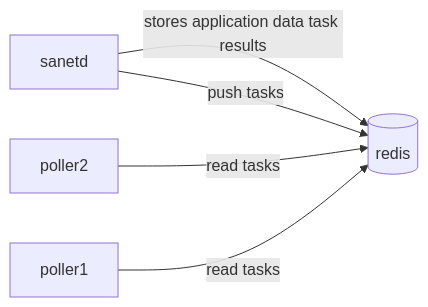
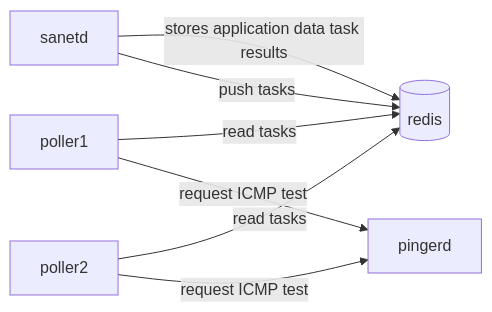
Before and after one commit to carnivuth/deployment_lifecycle_design_in_monitoring_applications: the diagram in graphs/sanetd_pollers_interaction.mmd, drawn with Mermaid. The commit also changed 5 other files, not shown here.

```diff
--- a/graphs/sanetd_pollers_interaction.mmd
+++ b/graphs/sanetd_pollers_interaction.mmd
@@ -1,10 +1,12 @@
 flowchart LR
 A[sanetd]
 B[(redis)]
 C[poller1]
 D[poller2]
+E[pingerd]
 
 A -- stores application data task results --> B
 A -- push tasks --> B
 D -- read tasks --> B
 C -- read tasks --> B
+C & D -- request ICMP test --> E
```
